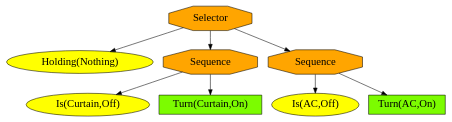
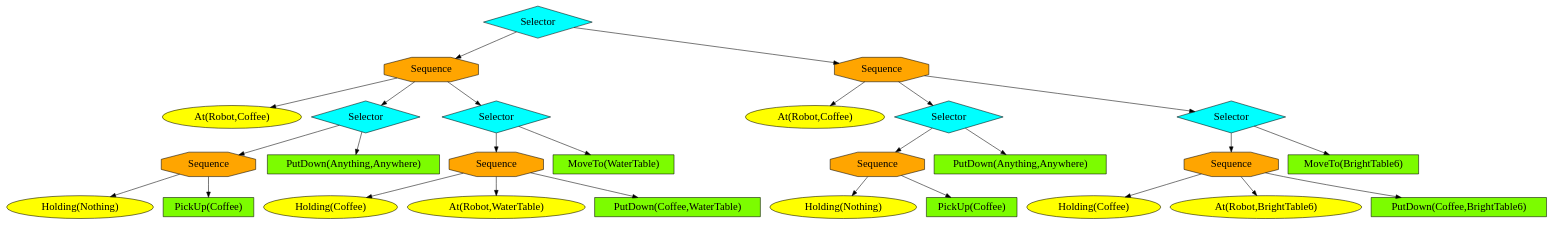
Before and after one commit to HPCL-EI/RoboWaiter: the diagram in robowaiter/utils/draw_bt/test.dot, drawn with Graphviz. The commit also changed 16 other files, not shown here.

```diff
--- a/robowaiter/utils/draw_bt/test.dot
+++ b/robowaiter/utils/draw_bt/test.dot
@@ -1,21 +1,59 @@
 digraph pastafarianism {
 ordering=out;
 graph [fontname="times-roman"];
 node [fontname="times-roman"];
 edge [fontname="times-roman"];
-"c9a8671e-b0b8-4587-a4de-a094fd678334" [fillcolor=orange, fontcolor=black, fontsize=20, height=0.01, label=Selector, shape=octagon, style=filled, width=0.01];
-"bc597ff6-b3cb-4573-9dea-944fdb38d045" [fillcolor=yellow, fontcolor=black, fontsize=20, label="Holding(Nothing)", shape=ellipse, style=filled];
-"c9a8671e-b0b8-4587-a4de-a094fd678334" -> "bc597ff6-b3cb-4573-9dea-944fdb38d045";
-"a8e26121-f5cc-4ba5-b98e-86bd84de06d6" [fillcolor=orange, fontcolor=black, fontsize=20, height=0.01, label=Sequence, shape=octagon, style=filled, width=0.01];
-"c9a8671e-b0b8-4587-a4de-a094fd678334" -> "a8e26121-f5cc-4ba5-b98e-86bd84de06d6";
-"676d8bda-2c30-44a5-bca2-ade68761403a" [fillcolor=yellow, fontcolor=black, fontsize=20, label="Is(Curtain,Off)", shape=ellipse, style=filled];
-"a8e26121-f5cc-4ba5-b98e-86bd84de06d6" -> "676d8bda-2c30-44a5-bca2-ade68761403a";
-"c3d096cf-f848-46a3-9497-5398614798e8" [fillcolor=lawngreen, fontcolor=black, fontsize=20, label="Turn(Curtain,On)", shape=box, style=filled];
-"a8e26121-f5cc-4ba5-b98e-86bd84de06d6" -> "c3d096cf-f848-46a3-9497-5398614798e8";
-"400b4104-ff96-4d64-89b2-49dc6e4e3cbd" [fillcolor=orange, fontcolor=black, fontsize=20, height=0.01, label=Sequence, shape=octagon, style=filled, width=0.01];
-"c9a8671e-b0b8-4587-a4de-a094fd678334" -> "400b4104-ff96-4d64-89b2-49dc6e4e3cbd";
-"3fc48afc-1cef-45f5-826d-2571d7979a2f" [fillcolor=yellow, fontcolor=black, fontsize=20, label="Is(AC,Off)", shape=ellipse, style=filled];
-"400b4104-ff96-4d64-89b2-49dc6e4e3cbd" -> "3fc48afc-1cef-45f5-826d-2571d7979a2f";
-"47af4df0-8811-45a5-95e2-f0fc9458ddfd" [fillcolor=lawngreen, fontcolor=black, fontsize=20, label="Turn(AC,On)", shape=box, style=filled];
-"400b4104-ff96-4d64-89b2-49dc6e4e3cbd" -> "47af4df0-8811-45a5-95e2-f0fc9458ddfd";
+"c681805a-96e1-4a3d-a38d-0bfca162692b" [fillcolor=cyan, fontcolor=black, fontsize=20, height=0.01, label=Selector, shape=diamond, style=filled, width=0.01];
+"e878636e-ab91-45b3-8d25-1712a9b919ab" [fillcolor=orange, fontcolor=black, fontsize=20, height=0.01, label=Sequence, shape=octagon, style=filled, width=0.01];
+"c681805a-96e1-4a3d-a38d-0bfca162692b" -> "e878636e-ab91-45b3-8d25-1712a9b919ab";
+"e88e510b-5495-4aa1-95cd-f95b3b4e50dc" [fillcolor=yellow, fontcolor=black, fontsize=20, label="At(Robot,Coffee)", shape=ellipse, style=filled];
+"e878636e-ab91-45b3-8d25-1712a9b919ab" -> "e88e510b-5495-4aa1-95cd-f95b3b4e50dc";
+"292edbec-e8dc-44df-a80c-7dd5b6dd6692" [fillcolor=cyan, fontcolor=black, fontsize=20, height=0.01, label=Selector, shape=diamond, style=filled, width=0.01];
+"e878636e-ab91-45b3-8d25-1712a9b919ab" -> "292edbec-e8dc-44df-a80c-7dd5b6dd6692";
+"8d44bfa1-3a4e-4ae7-94bb-25d70caf0b4b" [fillcolor=orange, fontcolor=black, fontsize=20, height=0.01, label=Sequence, shape=octagon, style=filled, width=0.01];
+"292edbec-e8dc-44df-a80c-7dd5b6dd6692" -> "8d44bfa1-3a4e-4ae7-94bb-25d70caf0b4b";
+"65f29fbc-02c3-4015-98bf-e71d16a78cbb" [fillcolor=yellow, fontcolor=black, fontsize=20, label="Holding(Nothing)", shape=ellipse, style=filled];
+"8d44bfa1-3a4e-4ae7-94bb-25d70caf0b4b" -> "65f29fbc-02c3-4015-98bf-e71d16a78cbb";
+"c503211c-ab75-4671-a6ca-2f66518be485" [fillcolor=lawngreen, fontcolor=black, fontsize=20, label="PickUp(Coffee)", shape=box, style=filled];
+"8d44bfa1-3a4e-4ae7-94bb-25d70caf0b4b" -> "c503211c-ab75-4671-a6ca-2f66518be485";
+"27760c0d-aa85-437c-ac87-564d573f6d3d" [fillcolor=lawngreen, fontcolor=black, fontsize=20, label="PutDown(Anything,Anywhere)", shape=box, style=filled];
+"292edbec-e8dc-44df-a80c-7dd5b6dd6692" -> "27760c0d-aa85-437c-ac87-564d573f6d3d";
+"94f578bf-0c4b-4614-aacc-d73ca0996d2c" [fillcolor=cyan, fontcolor=black, fontsize=20, height=0.01, label=Selector, shape=diamond, style=filled, width=0.01];
+"e878636e-ab91-45b3-8d25-1712a9b919ab" -> "94f578bf-0c4b-4614-aacc-d73ca0996d2c";
+"5a162890-11de-41d8-9954-ba17ccf166c4" [fillcolor=orange, fontcolor=black, fontsize=20, height=0.01, label=Sequence, shape=octagon, style=filled, width=0.01];
+"94f578bf-0c4b-4614-aacc-d73ca0996d2c" -> "5a162890-11de-41d8-9954-ba17ccf166c4";
+"296bae80-a542-4fde-87b9-b030340caa1d" [fillcolor=yellow, fontcolor=black, fontsize=20, label="Holding(Coffee)", shape=ellipse, style=filled];
+"5a162890-11de-41d8-9954-ba17ccf166c4" -> "296bae80-a542-4fde-87b9-b030340caa1d";
+"cba60b1e-308f-4f5a-939c-28bba802bca5" [fillcolor=yellow, fontcolor=black, fontsize=20, label="At(Robot,WaterTable)", shape=ellipse, style=filled];
+"5a162890-11de-41d8-9954-ba17ccf166c4" -> "cba60b1e-308f-4f5a-939c-28bba802bca5";
+"93924025-e88f-47ec-90e4-c53bbc3df60e" [fillcolor=lawngreen, fontcolor=black, fontsize=20, label="PutDown(Coffee,WaterTable)", shape=box, style=filled];
+"5a162890-11de-41d8-9954-ba17ccf166c4" -> "93924025-e88f-47ec-90e4-c53bbc3df60e";
+"191ca7d5-a98c-429f-b040-66d210c30bdd" [fillcolor=lawngreen, fontcolor=black, fontsize=20, label="MoveTo(WaterTable)", shape=box, style=filled];
+"94f578bf-0c4b-4614-aacc-d73ca0996d2c" -> "191ca7d5-a98c-429f-b040-66d210c30bdd";
+"5461e129-ef05-4848-9107-2617c82b3566" [fillcolor=orange, fontcolor=black, fontsize=20, height=0.01, label=Sequence, shape=octagon, style=filled, width=0.01];
+"c681805a-96e1-4a3d-a38d-0bfca162692b" -> "5461e129-ef05-4848-9107-2617c82b3566";
+"fd31940a-4e40-433d-8165-c9dd302fae62" [fillcolor=yellow, fontcolor=black, fontsize=20, label="At(Robot,Coffee)", shape=ellipse, style=filled];
+"5461e129-ef05-4848-9107-2617c82b3566" -> "fd31940a-4e40-433d-8165-c9dd302fae62";
+"0a9876b0-1ff9-4f96-b7a8-8257a3928f62" [fillcolor=cyan, fontcolor=black, fontsize=20, height=0.01, label=Selector, shape=diamond, style=filled, width=0.01];
+"5461e129-ef05-4848-9107-2617c82b3566" -> "0a9876b0-1ff9-4f96-b7a8-8257a3928f62";
+"052d5a92-c6b4-483d-9cef-41745df61ff9" [fillcolor=orange, fontcolor=black, fontsize=20, height=0.01, label=Sequence, shape=octagon, style=filled, width=0.01];
+"0a9876b0-1ff9-4f96-b7a8-8257a3928f62" -> "052d5a92-c6b4-483d-9cef-41745df61ff9";
+"c8462c00-d129-4eba-a0b4-ad6a819e34e8" [fillcolor=yellow, fontcolor=black, fontsize=20, label="Holding(Nothing)", shape=ellipse, style=filled];
+"052d5a92-c6b4-483d-9cef-41745df61ff9" -> "c8462c00-d129-4eba-a0b4-ad6a819e34e8";
+"5a944a18-ea71-4cbe-a04e-675d955b1b1f" [fillcolor=lawngreen, fontcolor=black, fontsize=20, label="PickUp(Coffee)", shape=box, style=filled];
+"052d5a92-c6b4-483d-9cef-41745df61ff9" -> "5a944a18-ea71-4cbe-a04e-675d955b1b1f";
+"bfea3ed6-08c4-4fd3-9aa7-994f4be28953" [fillcolor=lawngreen, fontcolor=black, fontsize=20, label="PutDown(Anything,Anywhere)", shape=box, style=filled];
+"0a9876b0-1ff9-4f96-b7a8-8257a3928f62" -> "bfea3ed6-08c4-4fd3-9aa7-994f4be28953";
+"c719600f-4033-418f-8608-5c808481d1aa" [fillcolor=cyan, fontcolor=black, fontsize=20, height=0.01, label=Selector, shape=diamond, style=filled, width=0.01];
+"5461e129-ef05-4848-9107-2617c82b3566" -> "c719600f-4033-418f-8608-5c808481d1aa";
+"c9d1af42-f394-4c52-9e7b-32d46487c708" [fillcolor=orange, fontcolor=black, fontsize=20, height=0.01, label=Sequence, shape=octagon, style=filled, width=0.01];
+"c719600f-4033-418f-8608-5c808481d1aa" -> "c9d1af42-f394-4c52-9e7b-32d46487c708";
+"84ecc165-efa0-4747-8ce9-64bf6ac557a2" [fillcolor=yellow, fontcolor=black, fontsize=20, label="Holding(Coffee)", shape=ellipse, style=filled];
+"c9d1af42-f394-4c52-9e7b-32d46487c708" -> "84ecc165-efa0-4747-8ce9-64bf6ac557a2";
+"8d3d2c3f-1f52-4742-bb03-a02d578134de" [fillcolor=yellow, fontcolor=black, fontsize=20, label="At(Robot,BrightTable6)", shape=ellipse, style=filled];
+"c9d1af42-f394-4c52-9e7b-32d46487c708" -> "8d3d2c3f-1f52-4742-bb03-a02d578134de";
+"b5bcfc9e-f0ad-458b-ba99-19bae2fc6b12" [fillcolor=lawngreen, fontcolor=black, fontsize=20, label="PutDown(Coffee,BrightTable6)", shape=box, style=filled];
+"c9d1af42-f394-4c52-9e7b-32d46487c708" -> "b5bcfc9e-f0ad-458b-ba99-19bae2fc6b12";
+"5685125a-34f9-40cd-be0c-b7674970c01b" [fillcolor=lawngreen, fontcolor=black, fontsize=20, label="MoveTo(BrightTable6)", shape=box, style=filled];
+"c719600f-4033-418f-8608-5c808481d1aa" -> "5685125a-34f9-40cd-be0c-b7674970c01b";
 }
```
